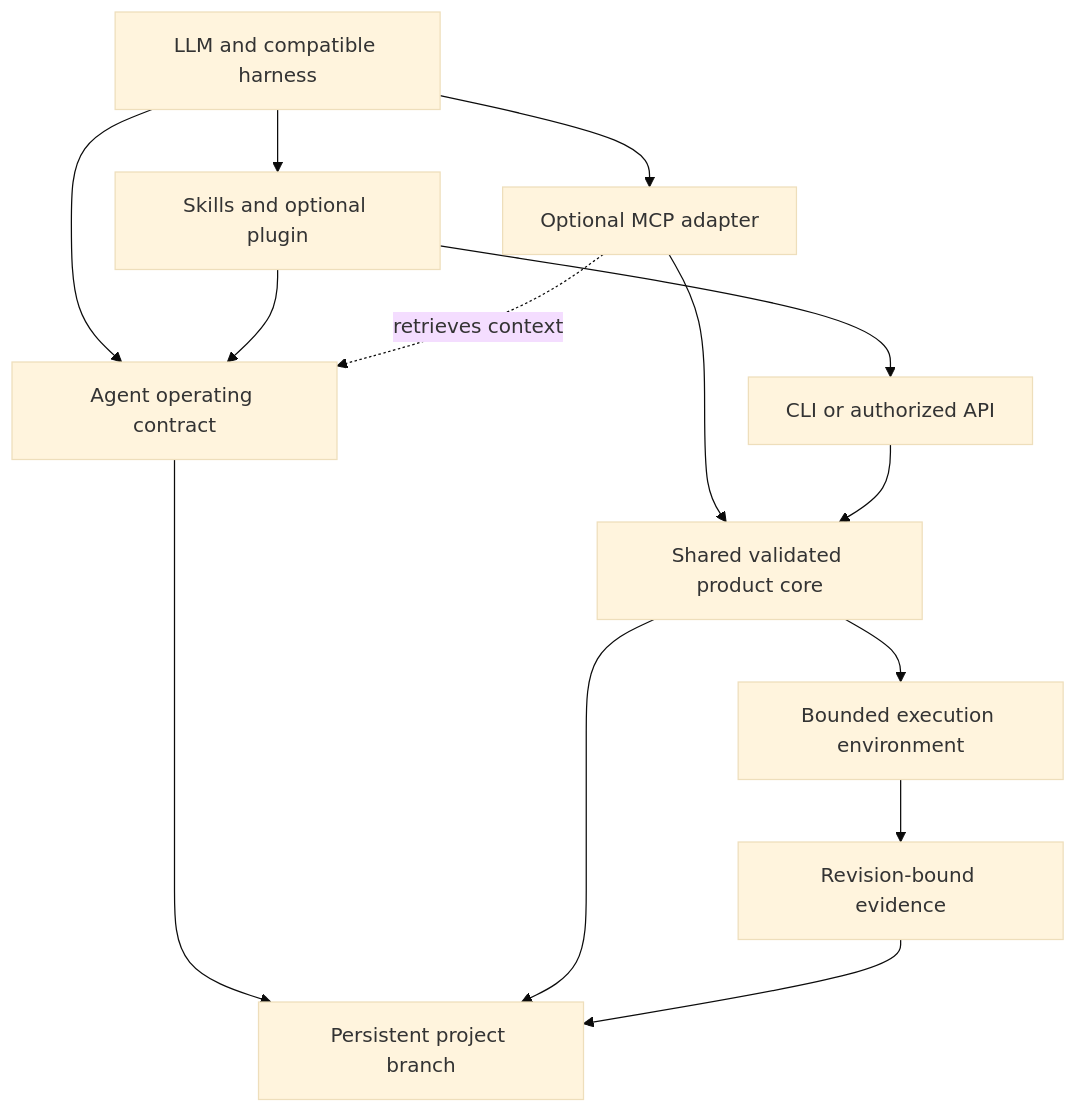
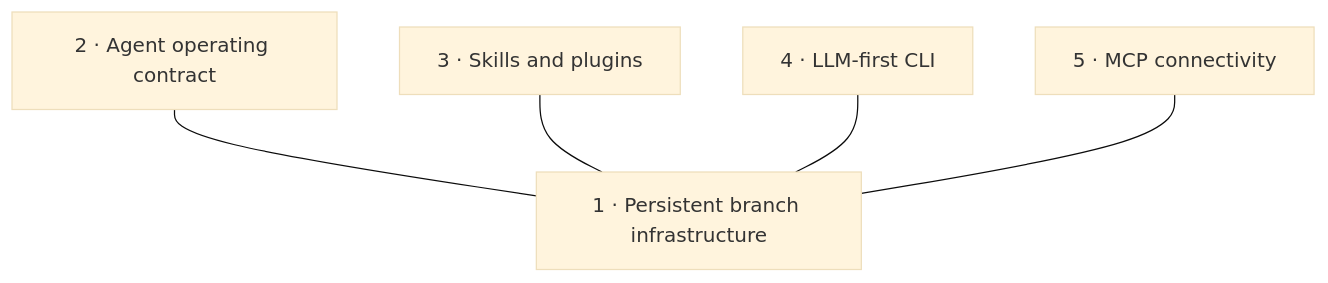
Before and after one commit to vixttha/BNAI-Branch-native-agent-infrastructure: the diagram in docs/architecture.md, drawn with Mermaid (base theme). The commit also changed other lines of this file and 19 other files, not shown here.

````diff
--- a/docs/architecture.md
+++ b/docs/architecture.md
@@ -15,16 +15,7 @@
 ```mermaid
 flowchart TD
-  H[LLM and compatible harness] --> S[Skills and optional plugin]
-  H --> M[Optional MCP adapter]
-  H --> A[Agent operating contract]
-  S --> A
-  M -. retrieves context .-> A
-  A --> B
-  S --> C[CLI or authorized API]
-  M --> K[Shared validated product core]
-  C --> K
-  K --> B[Persistent project branch]
-  K --> E[Bounded execution environment]
-  E --> R[Revision-bound evidence]
-  R --> B
+  L2[2 · Agent operating contract] --- L1[1 · Persistent branch infrastructure]
+  L3[3 · Skills and plugins] --- L1
+  L4[4 · LLM-first CLI] --- L1
+  L5[5 · MCP connectivity] --- L1
 ```
````
